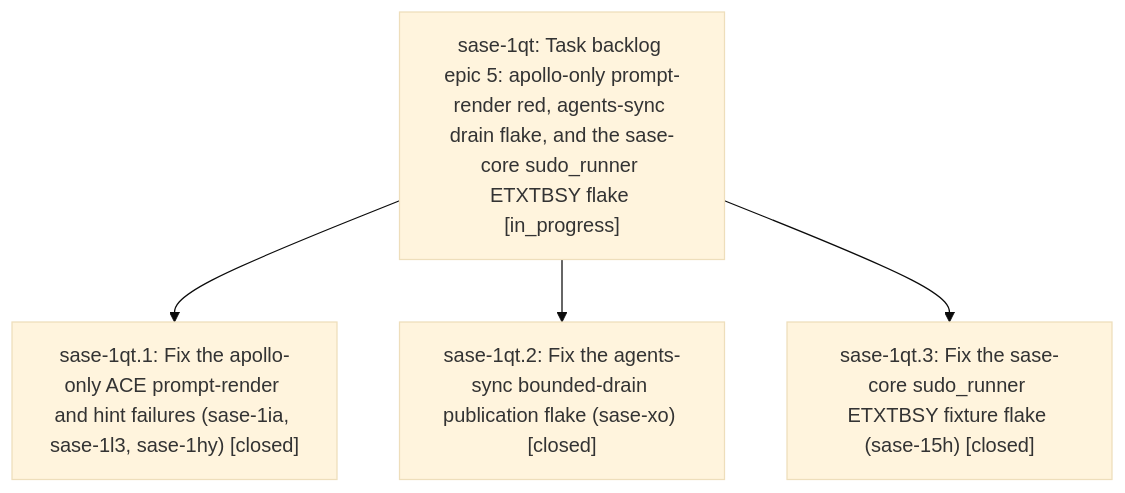
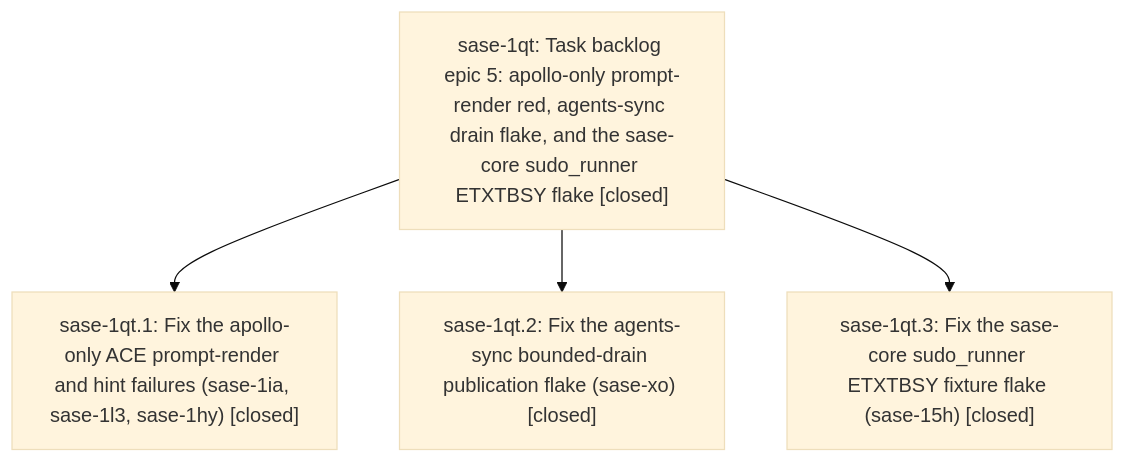
One commit to sase-org/sase--beads changed the diagram in pages/sase-1qt/README.md. Above: the diagram before and after it, drawn with Mermaid (base theme). The commit also changed other lines of this file and 1 other file, not shown here.

First line of the commit message:
chore(beads): sync bead state and pages for sase-1qt

````diff
--- a/pages/sase-1qt/README.md
+++ b/pages/sase-1qt/README.md
@@ -24,10 +77,10 @@
 ```mermaid
 flowchart TD
-    n0["sase-1qt: Task backlog epic 5: apollo-only prompt-render red, agents-sync drain flake, and the sase-core sudo_runner ETXTBSY flake [in_progress]"]
+    n0["sase-1qt: Task backlog epic 5: apollo-only prompt-render red, agents-sync drain flake, and the sase-core sudo_runner ETXTBSY flake [closed]"]
     n1["sase-1qt.1: Fix the apollo-only ACE prompt-render and hint failures (sase-1ia, sase-1l3, sase-1hy) [closed]"]
     n2["sase-1qt.2: Fix the agents-sync bounded-drain publication flake (sase-xo) [closed]"]
     n3["sase-1qt.3: Fix the sase-core sudo_runner ETXTBSY fixture flake (sase-15h) [closed]"]
     n0 --> n1
     n0 --> n2
     n0 --> n3
 ```
````
